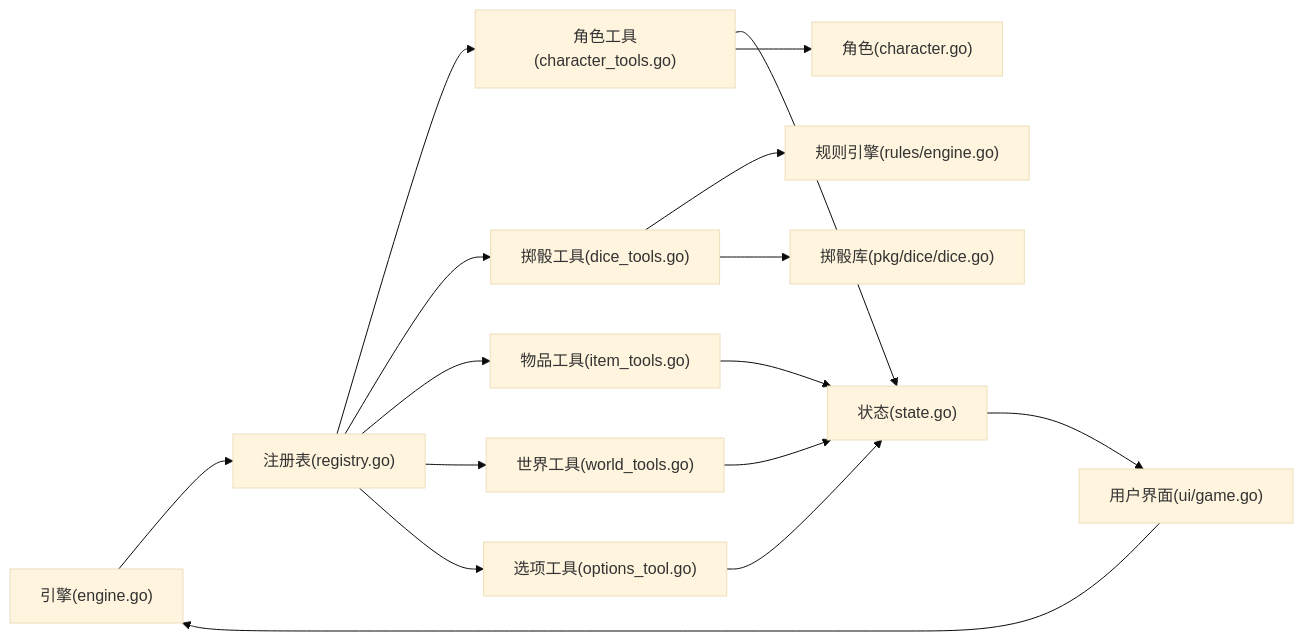
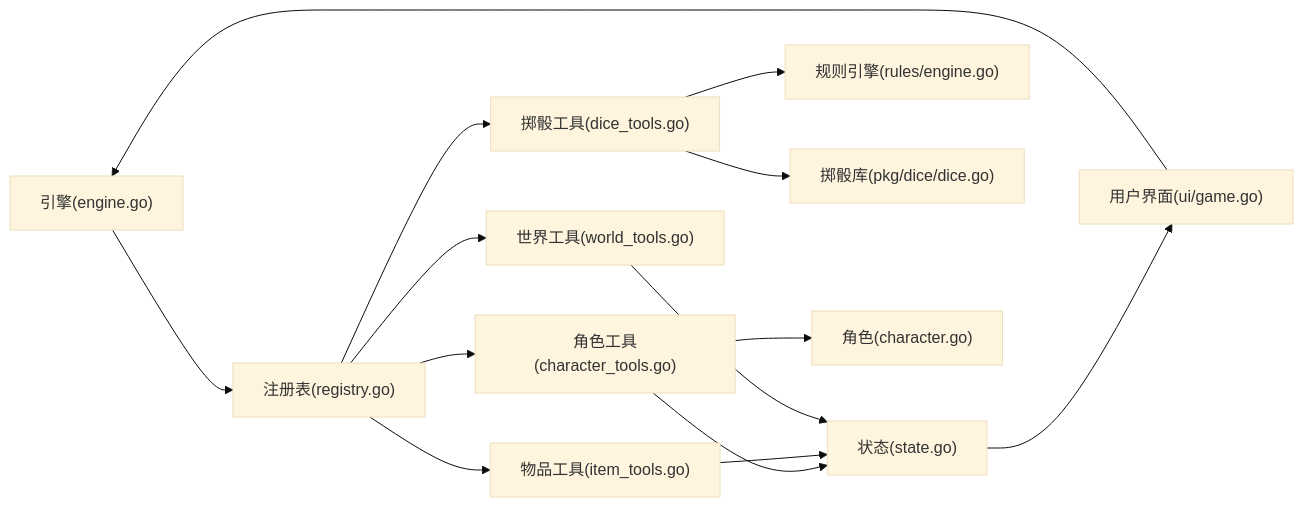
Before and after one commit to zwh8800/cdnd: diagram 11 of 11 in .qoder/repowiki/zh/content/工具系统/工具系统.md, drawn with Mermaid (base theme). The commit also changed other lines of this file and 6 other files, not shown here.

````diff
--- a/.qoder/repowiki/zh/content/工具系统/工具系统.md
+++ b/.qoder/repowiki/zh/content/工具系统/工具系统.md
@@ -523,18 +492,16 @@
 ```mermaid
 graph LR
 ENG["引擎(engine.go)"] --> REG["注册表(registry.go)"]
 REG --> CT["角色工具(character_tools.go)"]
 REG --> DT["掷骰工具(dice_tools.go)"]
 REG --> IT["物品工具(item_tools.go)"]
 REG --> WT["世界工具(world_tools.go)"]
-REG --> OPT["选项工具(options_tool.go)"]
 CT --> ST["状态(state.go)"]
 IT --> ST
 WT --> ST
-OPT --> ST
 DT --> RE["规则引擎(rules/engine.go)"]
 DT --> DI["掷骰库(pkg/dice/dice.go)"]
 CT --> CH["角色(character.go)"]
 ST --> UI["用户界面(ui/game.go)"]
 UI --> ENG
 ```
````
